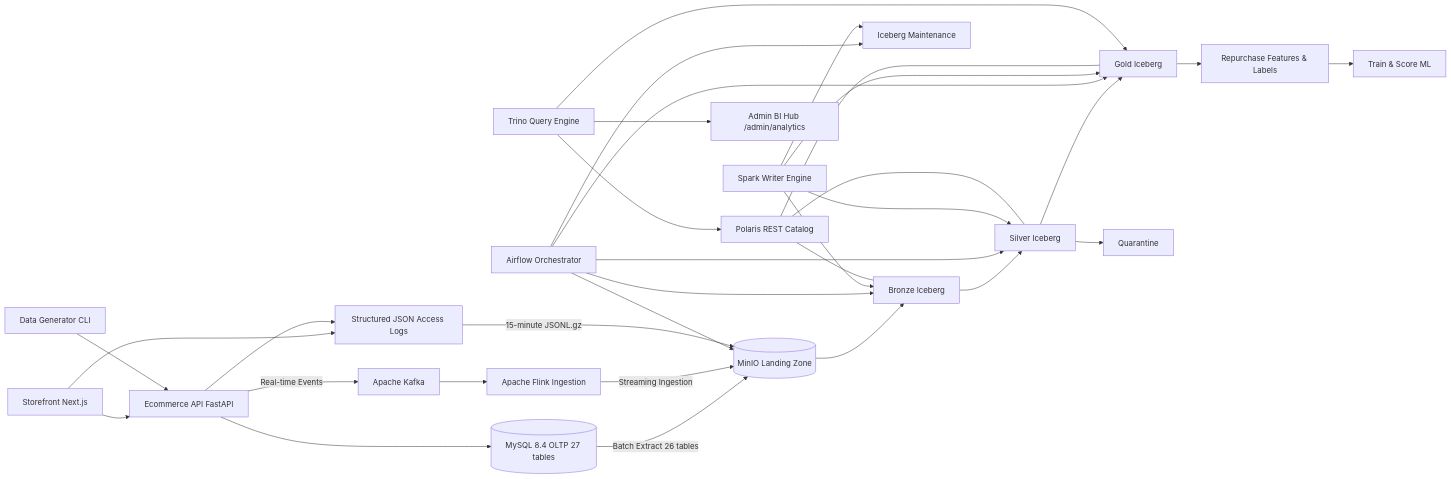
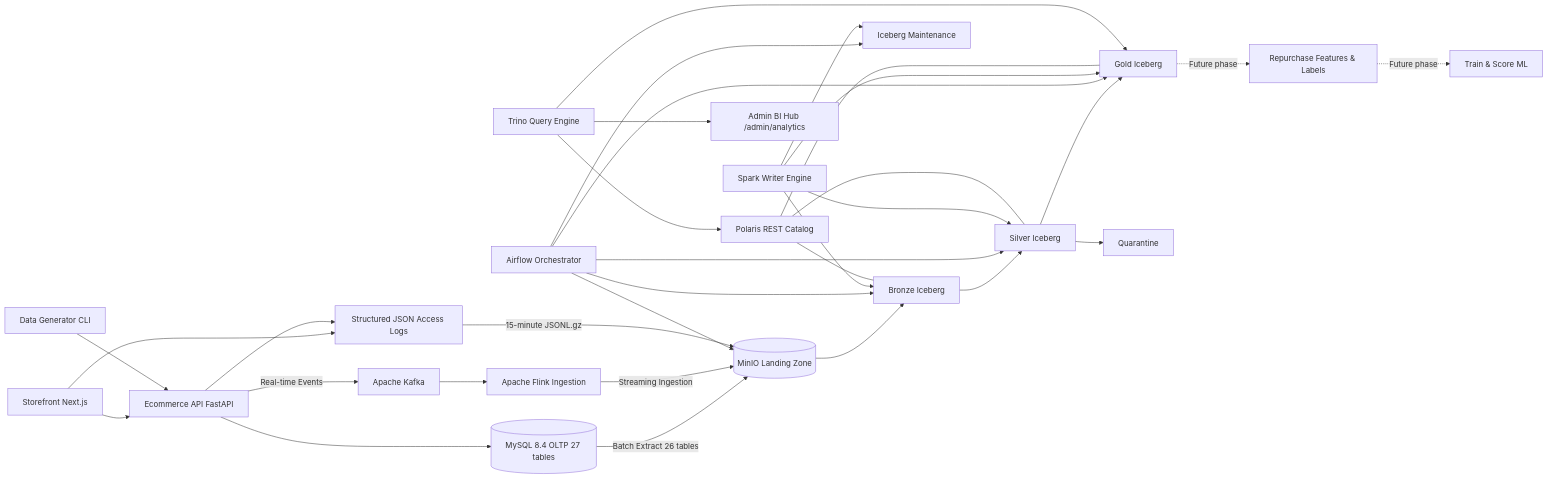
One commit to DanhTrannn/TLCN changed the diagram in docs/architecture/PROJECT_STRUCTURE.md. Above: the diagram before and after it, drawn with Mermaid. The commit also changed other lines of this file and 44 other files, not shown here.

Commit message:
fix: align commerce flows and project documentation

````diff
--- a/docs/architecture/PROJECT_STRUCTURE.md
+++ b/docs/architecture/PROJECT_STRUCTURE.md
@@ -9,38 +9,38 @@
 ```mermaid
 flowchart LR
     Browser[Storefront Next.js] --> API[Ecommerce API FastAPI]
     Generator[Data Generator CLI] --> API
     API --> OLTP[(MySQL 8.4 OLTP 27 tables)]
     Browser --> Logs[Structured JSON Access Logs]
     API --> Logs
     API -->|Real-time Events| Kafka[Apache Kafka]
     Kafka --> Flink[Apache Flink Ingestion]
 
     OLTP -->|Batch Extract 26 tables| Landing[(MinIO Landing Zone)]
     Flink -->|Streaming Ingestion| Landing
     Logs -->|15-minute JSONL.gz| Landing
     Landing --> Bronze[Bronze Iceberg]
     Bronze --> Silver[Silver Iceberg]
     Silver --> Gold[Gold Iceberg]
     Silver --> Quarantine[Quarantine]
 
     Airflow[Airflow Orchestrator] --> Landing
     Airflow --> Bronze
     Airflow --> Silver
     Airflow --> Gold
     Airflow --> Maintenance[Iceberg Maintenance]
 
     Spark[Spark Writer Engine] --> Bronze
     Spark --> Silver
     Spark --> Gold
     Spark --> Maintenance
 
     Polaris[Polaris REST Catalog] --- Bronze
     Polaris --- Silver
     Polaris --- Gold
     Trino[Trino Query Engine] --> Polaris
     Trino --> Gold
     Trino --> ECharts[Admin BI Hub /admin/analytics]
-    Gold --> Features[Repurchase Features & Labels]
-    Features --> Model[Train & Score ML]
+    Gold -. Future phase .-> Features[Repurchase Features & Labels]
+    Features -. Future phase .-> Model[Train & Score ML]
 ```
````
